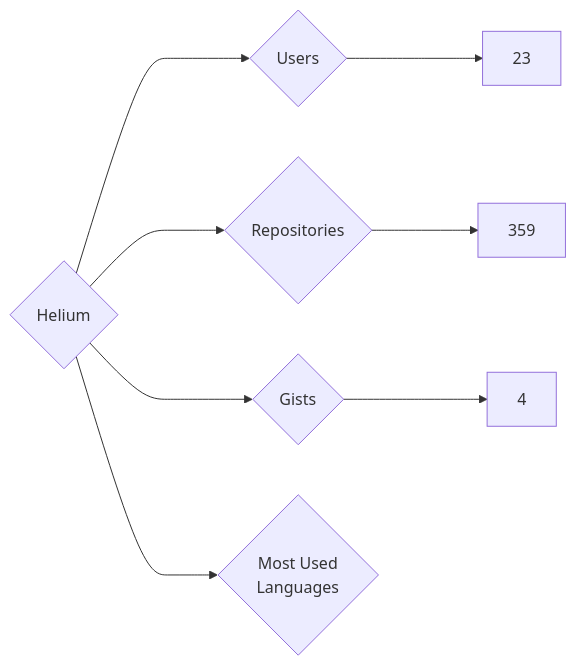
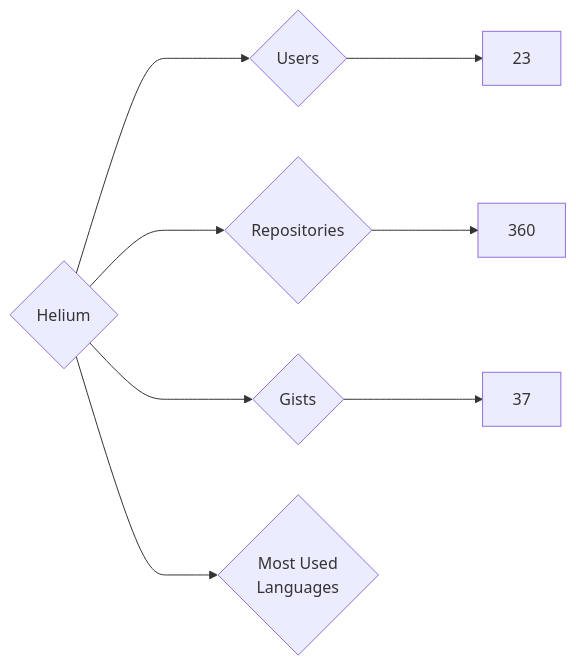
Before and after one commit to nenadzaric/insiders: the diagram in targets/Helium/README.md, drawn with Mermaid. The commit also changed 1342 other files, not shown here.

````diff
--- a/targets/Helium/README.md
+++ b/targets/Helium/README.md
@@ -3,8 +3,8 @@
 ```mermaid
 graph LR
 COMPANY_NAME{Helium}
 COMPANY_NAME ---> U{Users} ---> UN[23]
-COMPANY_NAME ---> R{Repositories} ---> RN[359]
-COMPANY_NAME ---> G{Gists} ---> GN[4]
+COMPANY_NAME ---> R{Repositories} ---> RN[360]
+COMPANY_NAME ---> G{Gists} ---> GN[37]
 COMPANY_NAME ---> ML{Most Used<br>Languages}
 ```
````
